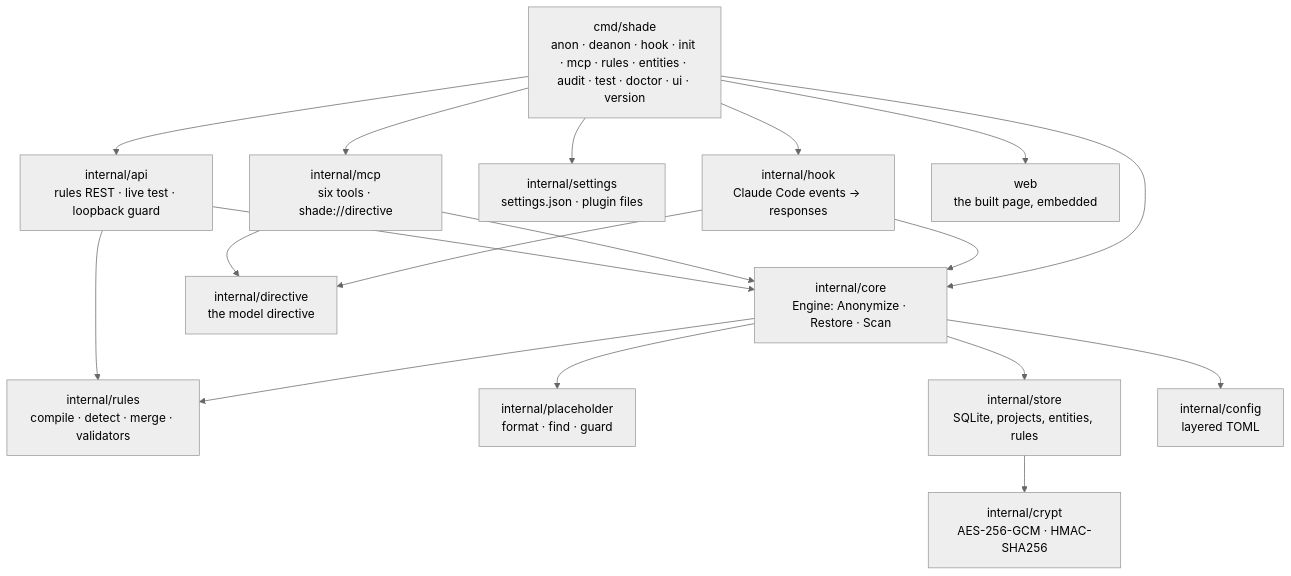
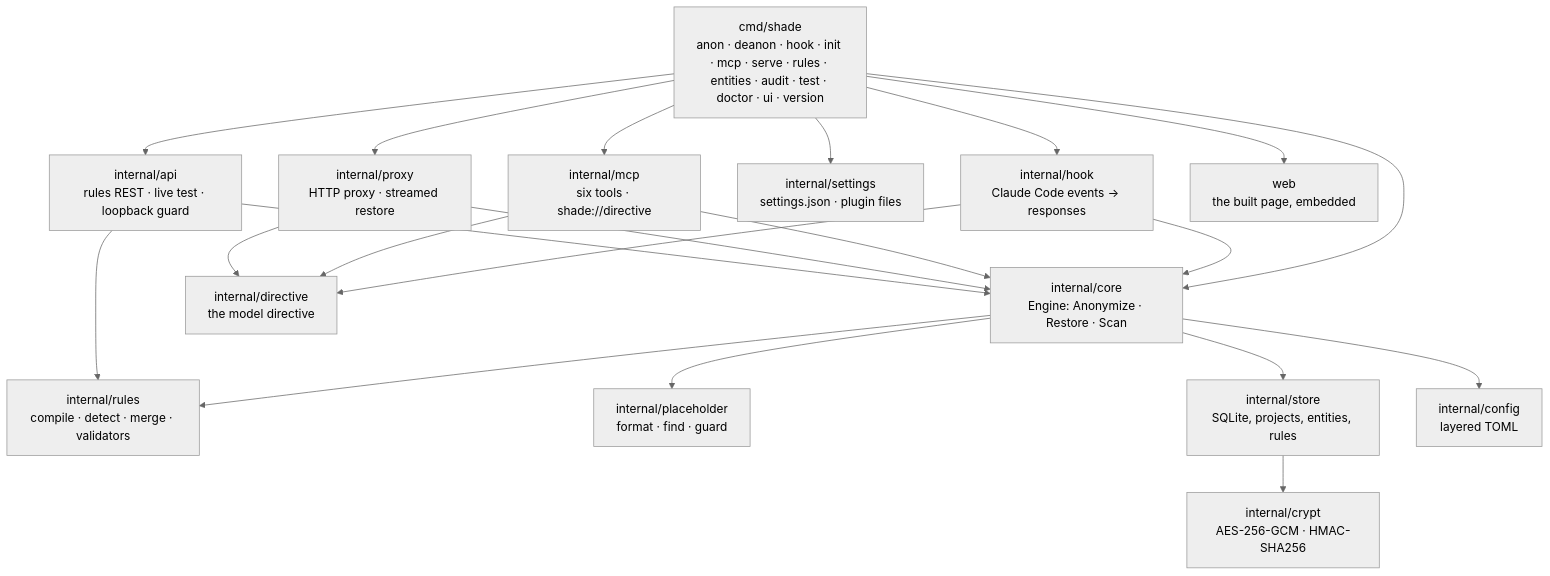
One commit to werbot/shade changed the third of 3 diagrams in README.md. Above: the diagram before and after it, drawn with Mermaid (neutral theme). The commit also changed other lines of this file, not shown here.

First line of the commit message:
📚 docs: complete the architecture and dependency notes

````diff
--- a/README.md
+++ b/README.md
@@ -326,21 +327,24 @@
 ```mermaid
 flowchart TB
-    CLI["cmd/shade<br/>anon · deanon · hook · init · mcp · rules · entities · audit · test · doctor · ui · version"]
+    CLI["cmd/shade<br/>anon · deanon · hook · init · mcp · serve · rules · entities · audit · test · doctor · ui · version"]
     CLI --> Core["internal/core<br/>Engine: Anonymize · Restore · Scan"]
     CLI --> Hook["internal/hook<br/>Claude Code events → responses"]
     CLI --> MCP["internal/mcp<br/>six tools · shade://directive"]
+    CLI --> Proxy["internal/proxy<br/>HTTP proxy · streamed restore"]
     CLI --> Set["internal/settings<br/>settings.json · plugin files"]
     CLI --> API["internal/api<br/>rules REST · live test · loopback guard"]
     CLI --> Web["web<br/>the built page, embedded"]
     Hook --> Core
     Hook --> Dir["internal/directive<br/>the model directive"]
     MCP --> Core
     MCP --> Dir
+    Proxy --> Core
+    Proxy --> Dir
     API --> Core
     Core --> Rules["internal/rules<br/>compile · detect · merge · validators"]
     Core --> PH["internal/placeholder<br/>format · find · guard"]
     Core --> Store["internal/store<br/>SQLite, projects, entities, rules"]
     Core --> Cfg["internal/config<br/>layered TOML"]
     API --> Rules
     Store --> Crypt["internal/crypt<br/>AES-256-GCM · HMAC-SHA256"]
 ```
````
